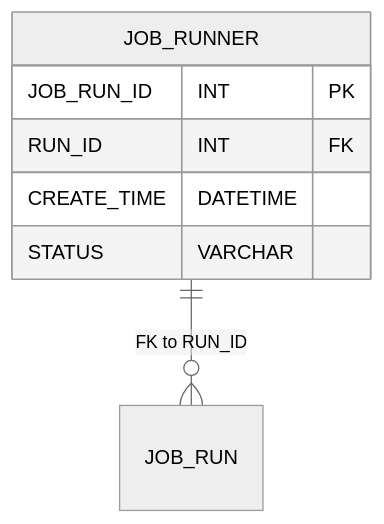
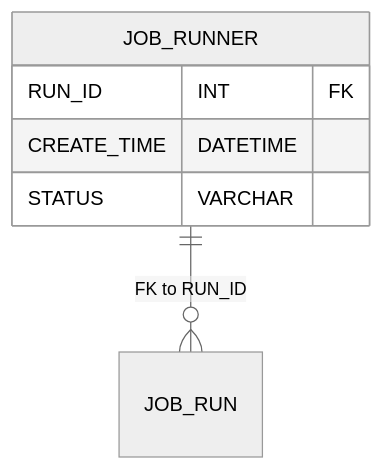
The diagram in README.md (elseanox/sql2mmderd), drawn with Mermaid (neutral theme) before and after one commit.

````diff
--- a/README.md
+++ b/README.md
@@ -38,11 +38,10 @@
 ```mermaid
 erDiagram
     JOB_RUNNER {
-        JOB_RUN_ID INT PK
         RUN_ID INT FK
         CREATE_TIME DATETIME
         STATUS VARCHAR
     }
     
     JOB_RUNNER ||--o{ JOB_RUN : "FK to RUN_ID"
 ```
````
